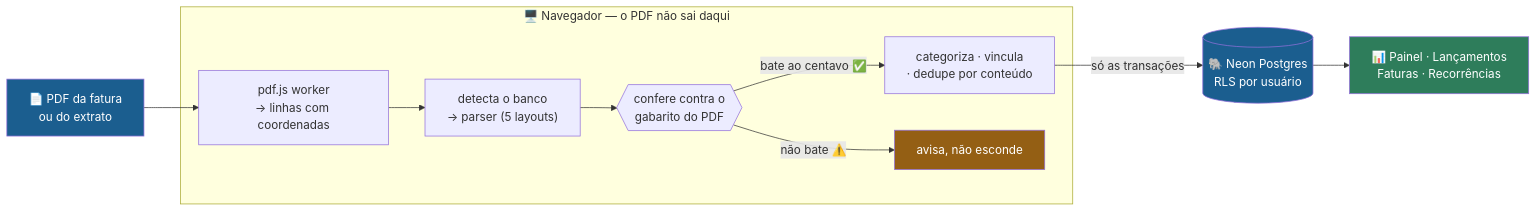
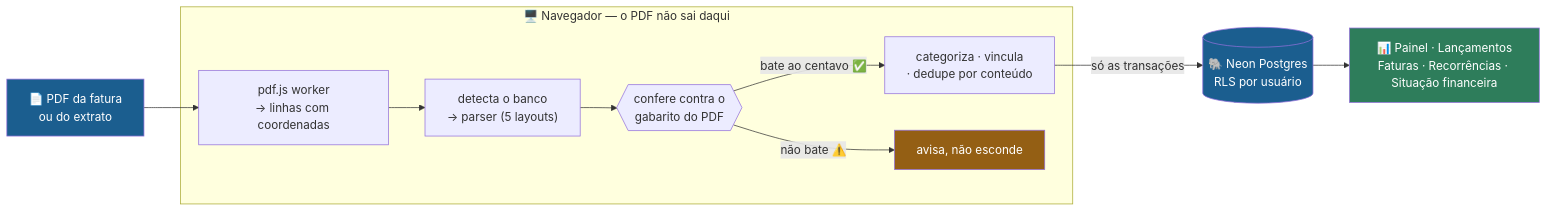
The first of 4 diagrams in README.md (cielioqueiroz/controle-financeiro), drawn with Mermaid before and after one commit. The commit also changed other lines of this file, not shown here.

First line of the commit message:
docs(readme): atualizar funcionalidades do painel

````diff
--- a/README.md
+++ b/README.md
@@ -98,25 +113,25 @@
 ```mermaid
 flowchart LR
     PDF["📄 PDF da fatura<br/>ou do extrato"]
 
     subgraph NAV ["🖥️ Navegador — o PDF não sai daqui"]
         W["pdf.js worker<br/>→ linhas com coordenadas"]
         P["detecta o banco<br/>→ parser (5 layouts)"]
         V{{"confere contra o<br/>gabarito do PDF"}}
         C["categoriza · vincula<br/>· dedupe por conteúdo"]
         AV["avisa, não esconde"]
     end
 
     DB[("🐘 Neon Postgres<br/>RLS por usuário")]
-    UI["📊 Painel · Lançamentos<br/>Faturas · Recorrências"]
+    UI["📊 Painel · Lançamentos<br/>Faturas · Recorrências · Situação financeira"]
 
     PDF --> W --> P --> V
     V -->|"bate ao centavo ✅"| C
     V -->|"não bate ⚠️"| AV
     C -->|"só as transações"| DB --> UI
 
     style PDF fill:#1b5e8f,color:#fff
     style DB fill:#1b5e8f,color:#fff
     style UI fill:#2e7d5b,color:#fff
     style AV fill:#945f14,color:#fff
 ```
````
